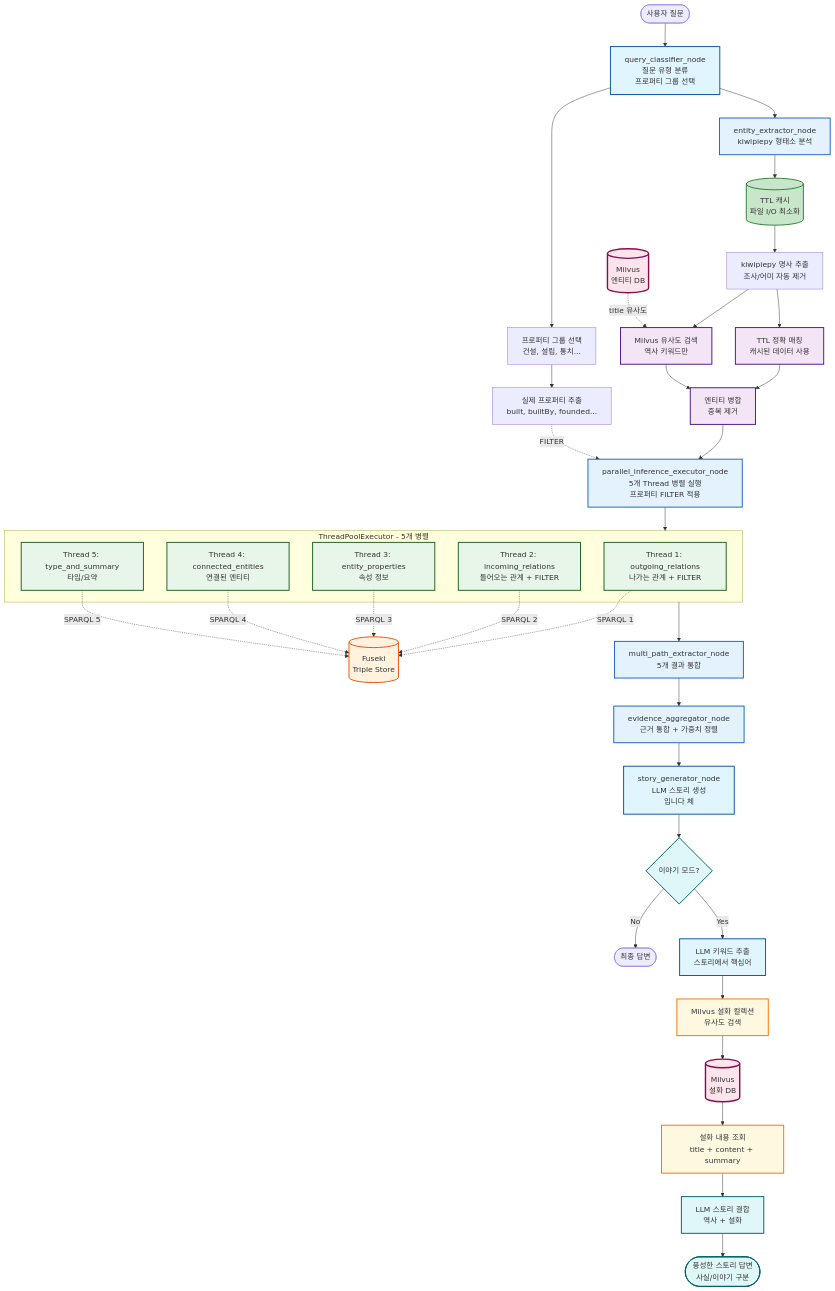
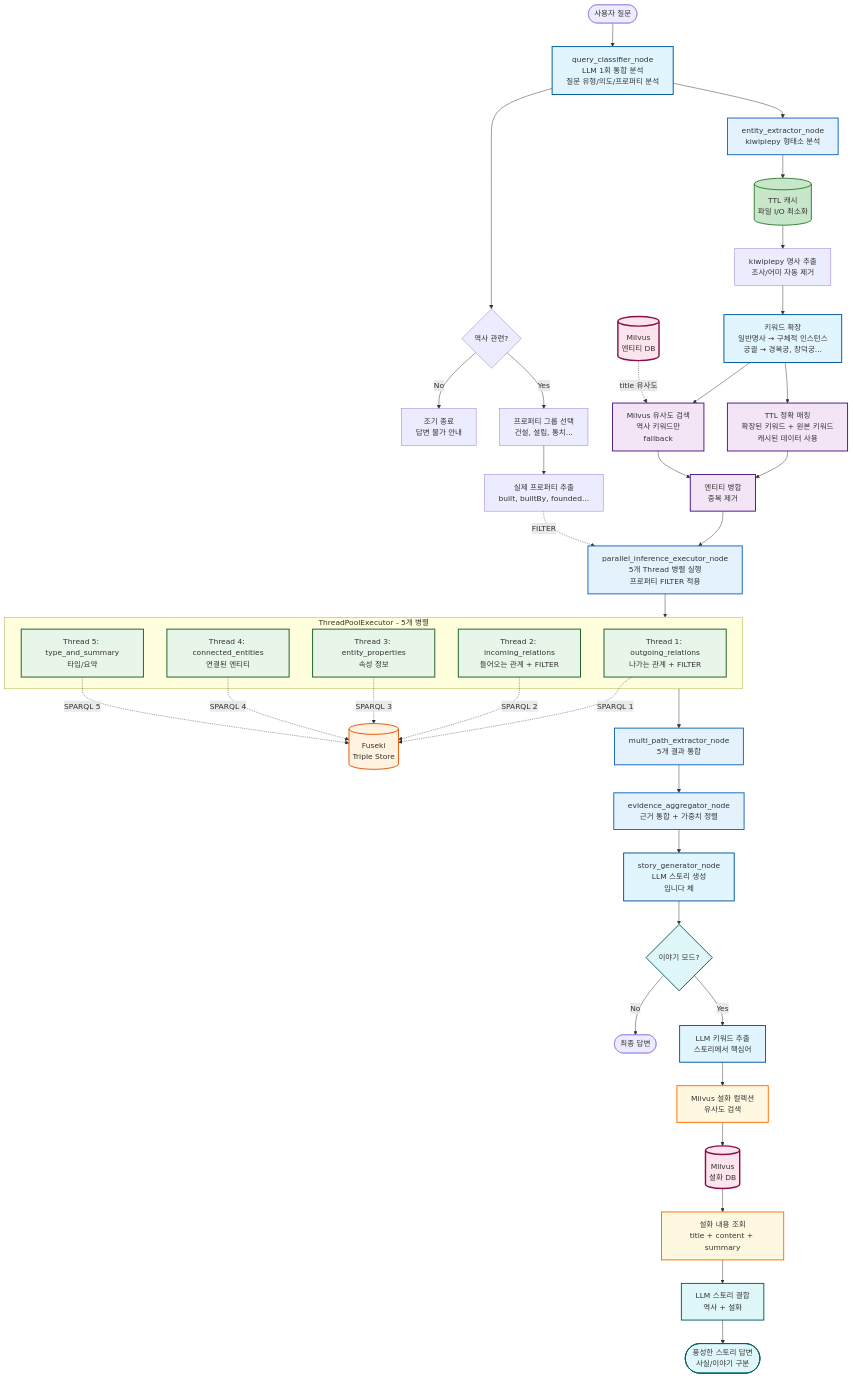
Before and after one commit to SKNETWORKS-FAMILY-AICAMP/SKN18-FINAL-3TEAM: the first of 5 diagrams in backend/ontology_langgraph_structure/docs/README.md, drawn with Mermaid. The commit also changed other lines of this file and 15 other files, not shown here.

````diff
--- a/backend/ontology_langgraph_structure/docs/README.md
+++ b/backend/ontology_langgraph_structure/docs/README.md
@@ -5,8 +5,12 @@
 ```mermaid
 graph TD
-    Start([사용자 질문]) --> QueryClassifier[query_classifier_node<br/>질문 유형 분류<br/>프로퍼티 그룹 선택]
+    Start([사용자 질문]) --> QueryClassifier[query_classifier_node<br/>LLM 1회 통합 분석<br/>질문 유형/의도/프로퍼티 분석]
 
-    QueryClassifier --> PropGroups[프로퍼티 그룹 선택<br/>건설, 설립, 통치...]
+    QueryClassifier --> HistoryCheck{역사 관련?}
+
+    HistoryCheck -->|No| EarlyExit[조기 종료<br/>답변 불가 안내]
+    HistoryCheck -->|Yes| PropGroups[프로퍼티 그룹 선택<br/>건설, 설립, 통치...]
+
     PropGroups --> PropList[실제 프로퍼티 추출<br/>built, builtBy, founded...]
 
     QueryClassifier --> EntityExtractor[entity_extractor_node<br/>kiwipiepy 형태소 분석]
@@ -15,8 +19,10 @@
     EntityExtractor --> TTLCache[(TTL 캐시<br/>파일 I/O 최소화)]
     TTLCache --> KiwiExtract[kiwipiepy 명사 추출<br/>조사/어미 자동 제거]
 
-    KiwiExtract --> TTLMatch[TTL 정확 매칭<br/>캐시된 데이터 사용]
-    KiwiExtract --> MilvusSearch[Milvus 유사도 검색<br/>역사 키워드만]
+    KiwiExtract --> KeywordExpand[키워드 확장<br/>일반명사 → 구체적 인스턴스<br/>궁궐 → 경복궁, 창덕궁...]
+
+    KeywordExpand --> TTLMatch[TTL 정확 매칭<br/>확장된 키워드 + 원본 키워드<br/>캐시된 데이터 사용]
+    KeywordExpand --> MilvusSearch[Milvus 유사도 검색<br/>역사 키워드만<br/>fallback]
 
     TTLMatch --> EntityMerge[엔티티 병합<br/>중복 제거]
     MilvusSearch --> EntityMerge
@@ -73,12 +79,15 @@
     classDef nodeStyle fill:#e3f2fd,stroke:#1565c0,stroke-width:2px
     classDef cacheNode fill:#c8e6c9,stroke:#2e7d32,stroke-width:2px
 
-    class QueryClassifier,StoryGen,KeywordExtract llmNode
+    class QueryClassifier,StoryGen,KeywordExtract,KeywordExpand llmNode
     class KiwiExtract fill:#a5d6a7,stroke:#2e7d32,stroke-width:2px
     class Fuseki dbNode
+    class HistoryCheck fill:#ffcdd2,stroke:#c62828,stroke-width:2px
+    class EarlyExit fill:#ffebee,stroke:#d32f2f,stroke-width:2px
     class Thread1,Thread2,Thread3,Thread4,Thread5 parallelNode
     class MilvusDB,FolktaleDB vectorNode
     class TTLMatch,MilvusSearch,EntityMerge hybridNode
+    class TTLMatch fill:#c8e6c9,stroke:#2e7d32,stroke-width:2px
     class StoryModeCheck,StoryMerge,EnhancedOutput storyNode
     class FolktaleSearch,ContentFetch folktaleNode
     class ParallelNode,PathExtractor,EvidenceAgg,EntityExtractor nodeStyle
````
